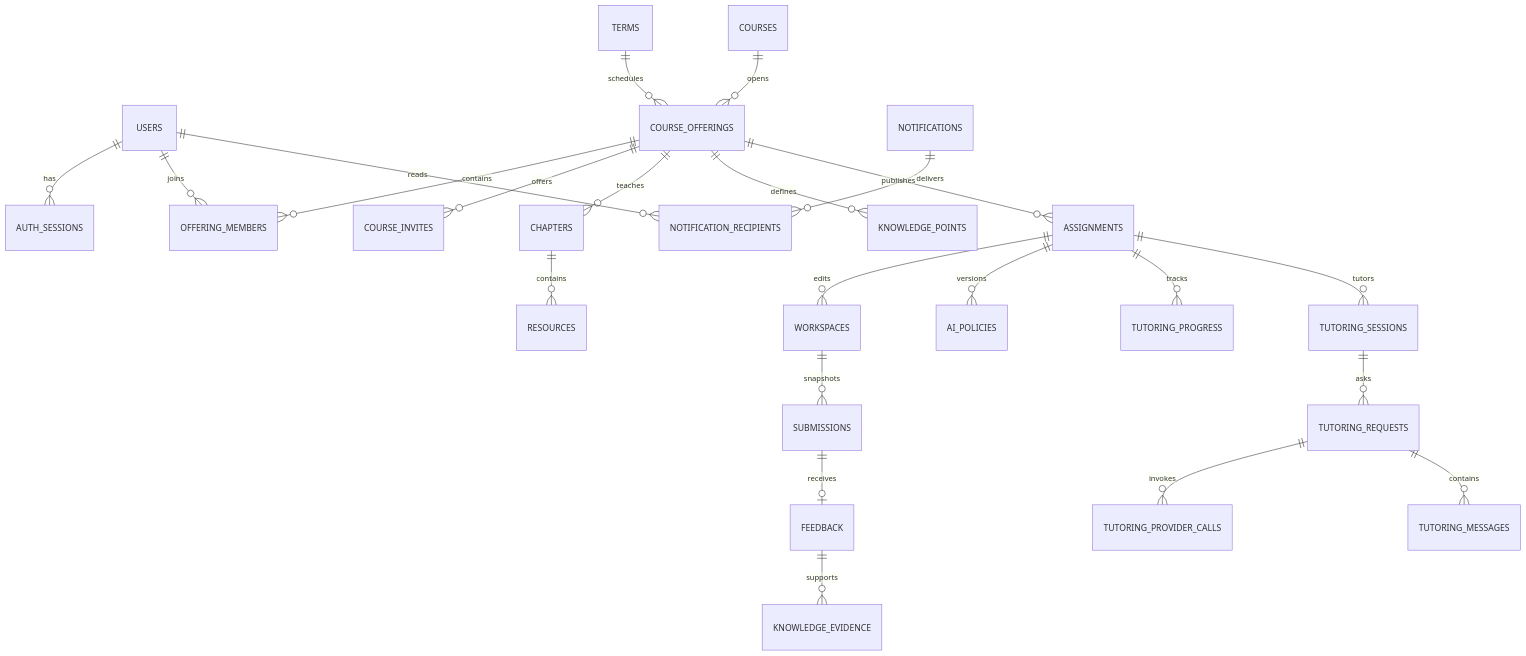
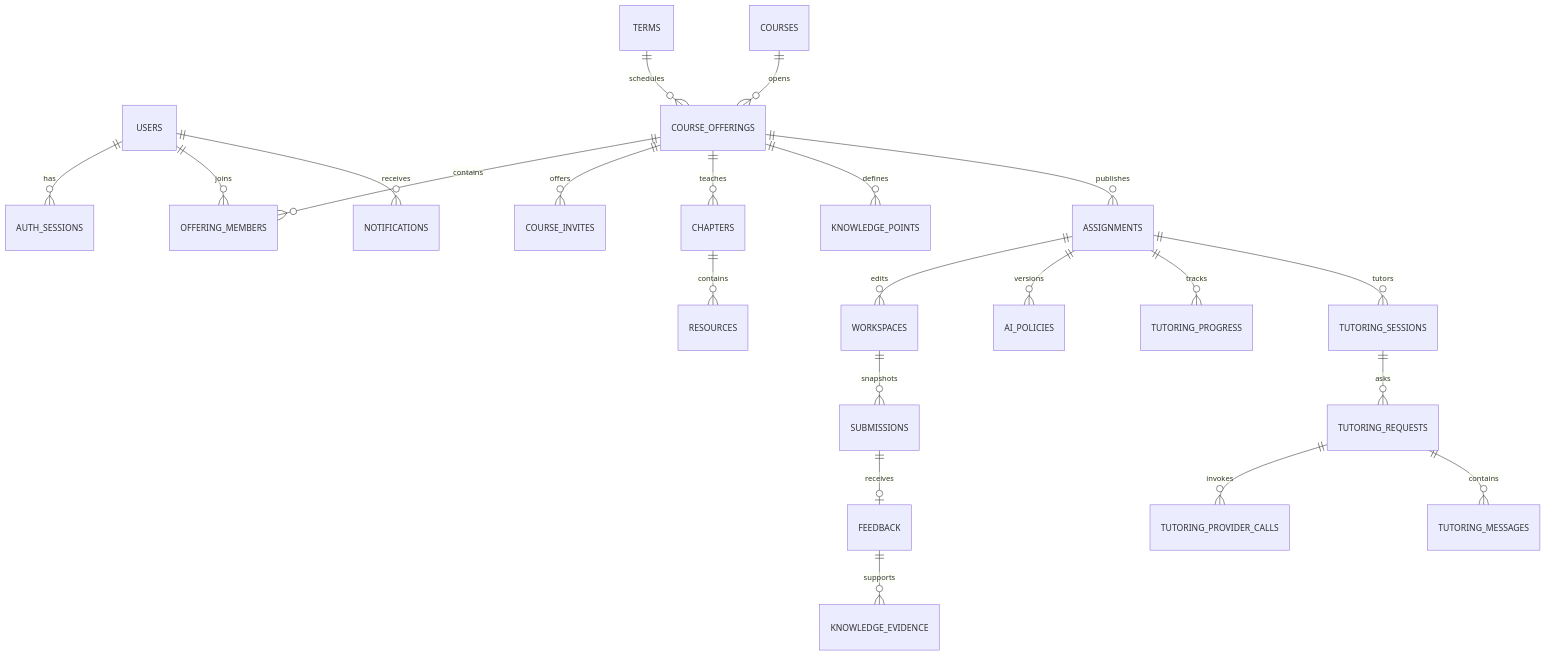
One commit to zz26max/constrained-ai-learning-platform changed the diagram in docs/BACKEND.md. Above: the diagram before and after it, drawn with Mermaid. The commit also changed other lines of this file and 2 other files, not shown here.

````diff
--- a/docs/BACKEND.md
+++ b/docs/BACKEND.md
@@ -71,25 +71,24 @@
 ```mermaid
 erDiagram
   USERS ||--o{ AUTH_SESSIONS : has
   TERMS ||--o{ COURSE_OFFERINGS : schedules
   COURSES ||--o{ COURSE_OFFERINGS : opens
   COURSE_OFFERINGS ||--o{ OFFERING_MEMBERS : contains
   USERS ||--o{ OFFERING_MEMBERS : joins
   COURSE_OFFERINGS ||--o{ COURSE_INVITES : offers
   COURSE_OFFERINGS ||--o{ CHAPTERS : teaches
   COURSE_OFFERINGS ||--o{ KNOWLEDGE_POINTS : defines
   CHAPTERS ||--o{ RESOURCES : contains
   COURSE_OFFERINGS ||--o{ ASSIGNMENTS : publishes
   ASSIGNMENTS ||--o{ WORKSPACES : edits
   WORKSPACES ||--o{ SUBMISSIONS : snapshots
   SUBMISSIONS ||--o| FEEDBACK : receives
   ASSIGNMENTS ||--o{ AI_POLICIES : versions
   ASSIGNMENTS ||--o{ TUTORING_PROGRESS : tracks
   ASSIGNMENTS ||--o{ TUTORING_SESSIONS : tutors
   TUTORING_SESSIONS ||--o{ TUTORING_REQUESTS : asks
   TUTORING_REQUESTS ||--o{ TUTORING_PROVIDER_CALLS : invokes
   TUTORING_REQUESTS ||--o{ TUTORING_MESSAGES : contains
   FEEDBACK ||--o{ KNOWLEDGE_EVIDENCE : supports
-  NOTIFICATIONS ||--o{ NOTIFICATION_RECIPIENTS : delivers
-  USERS ||--o{ NOTIFICATION_RECIPIENTS : reads
+  USERS ||--o{ NOTIFICATIONS : receives
 ```
````
